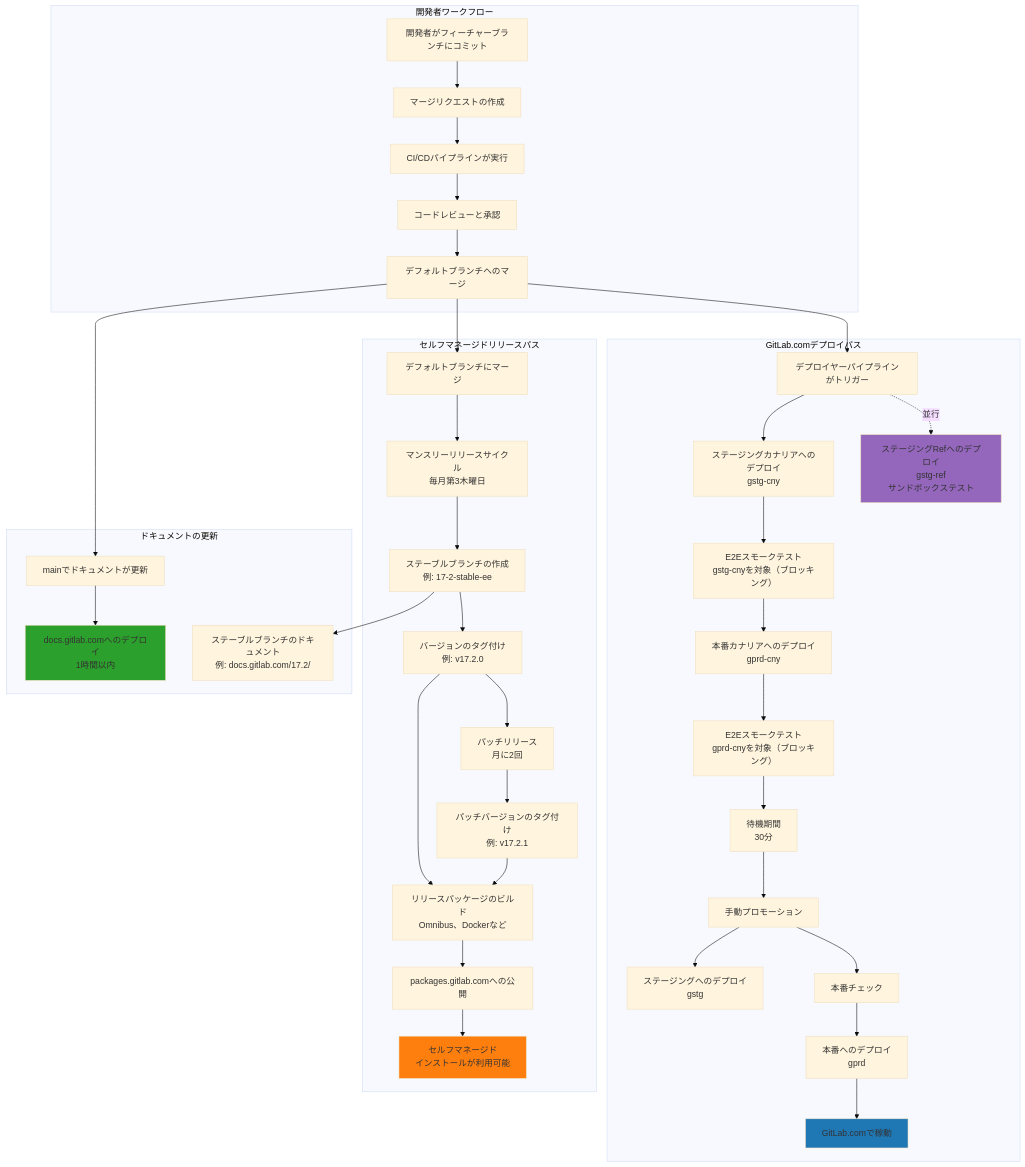
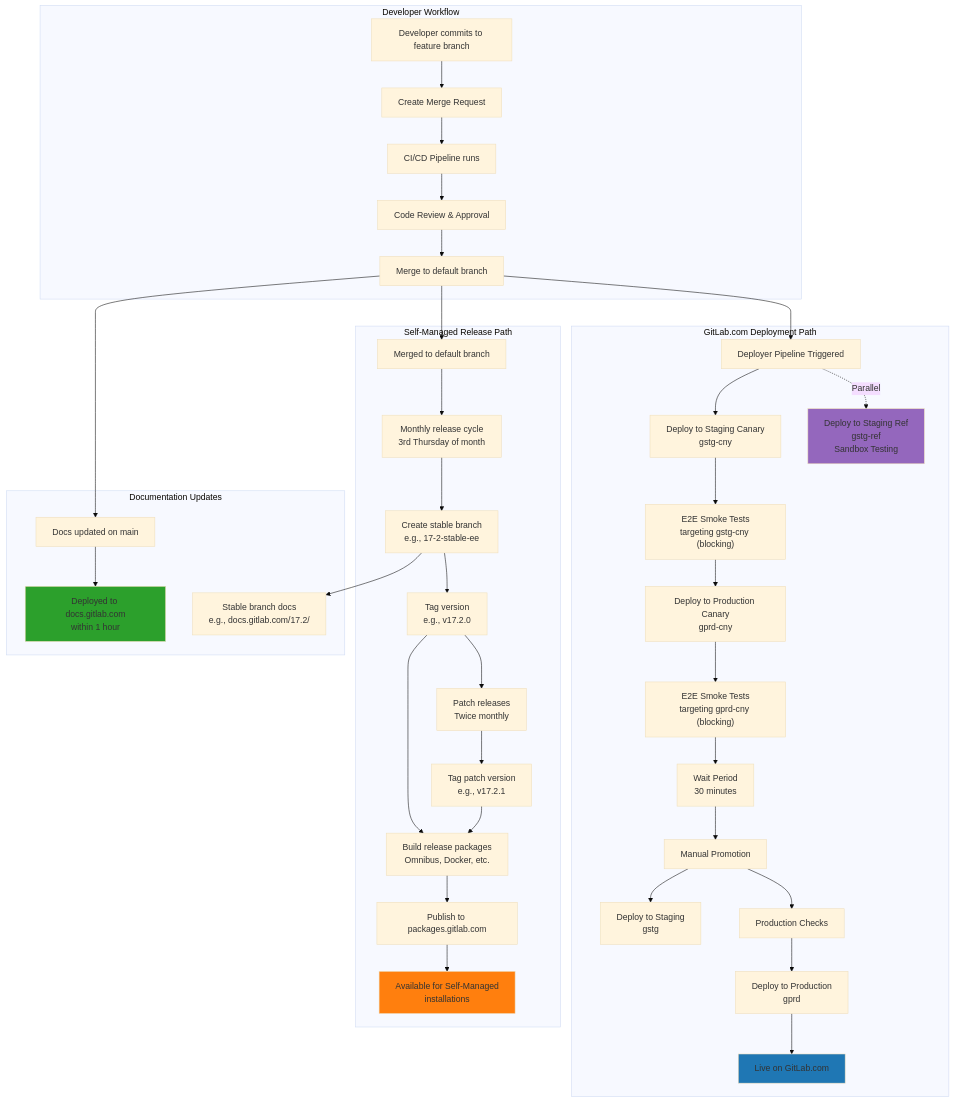
One commit to kyama0/gitlab-handbook-ja changed the diagram in content/handbook/engineering/testing/deployment_paths.md. Above: the diagram before and after it, drawn with Mermaid (base theme). The commit also changed other lines of this file and 15 other files, not shown here.

````diff
--- a/content/handbook/engineering/testing/deployment_paths.md
+++ b/content/handbook/engineering/testing/deployment_paths.md
@@ -15,58 +15,58 @@
 ```mermaid
 graph TB
-    subgraph "開発者ワークフロー"
-        A[開発者がフィーチャーブランチにコミット] --> B[マージリクエストの作成]
-        B --> C[CI/CDパイプラインが実行]
-        C --> D[コードレビューと承認]
-        D --> E[デフォルトブランチへのマージ]
+    subgraph "Developer Workflow"
+        A[Developer commits to feature branch] --> B[Create Merge Request]
+        B --> C[CI/CD Pipeline runs]
+        C --> D[Code Review & Approval]
+        D --> E[Merge to default branch]
     end
     
-    subgraph "GitLab.comデプロイパス"
-        E --> F[デプロイヤーパイプラインがトリガー]
+    subgraph "GitLab.com Deployment Path"
+        E --> F[Deployer Pipeline Triggered]
         
-        F --> G["ステージングカナリアへのデプロイ<br/>gstg-cny"]
-        F -.並行.-> H["ステージングRefへのデプロイ<br/>gstg-ref<br/>サンドボックステスト"]
+        F --> G["Deploy to Staging Canary<br/>gstg-cny"]
+        F -.Parallel.-> H["Deploy to Staging Ref<br/>gstg-ref<br/>Sandbox Testing"]
         
-        G --> I["E2Eスモークテスト<br/>gstg-cnyを対象（ブロッキング）"]
+        G --> I["E2E Smoke Tests<br/>targeting gstg-cny (blocking)"]
         
-        I --> J["本番カナリアへのデプロイ<br/>gprd-cny"]
+        I --> J["Deploy to Production Canary<br/>gprd-cny"]
         
-        J --> K["E2Eスモークテスト<br/>gprd-cnyを対象（ブロッキング）"]
+        J --> K["E2E Smoke Tests<br/>targeting gprd-cny (blocking)"]
         
-        K --> L["待機期間<br/>30分"]
+        K --> L["Wait Period<br/>30 minutes"]
         
-        L --> M[手動プロモーション]
+        L --> M[Manual Promotion]
         
-        M --> N["ステージングへのデプロイ<br/>gstg"]
-        Q --> O["本番へのデプロイ<br/>gprd"]
+        M --> N["Deploy to Staging<br/>gstg"]
+        Q --> O["Deploy to Production<br/>gprd"]
         
-        M --> Q[本番チェック]
+        M --> Q[Production Checks]
         
-        O --> R[GitLab.comで稼動]
+        O --> R[Live on GitLab.com]
     end
     
-    subgraph "セルフマネージドリリースパス"
-        E --> S[デフォルトブランチにマージ]
-        S --> T["マンスリーリリースサイクル<br/>毎月第3木曜日"]
-        T --> U["ステーブルブランチの作成<br/>例: 17-2-stable-ee"]
-        U --> V["バージョンのタグ付け<br/>例: v17.2.0"]
-        V --> W["リリースパッケージのビルド<br/>Omnibus、Dockerなど"]
-        W --> X[packages.gitlab.comへの公開]
-        X --> Y["セルフマネージド<br/>インストールが利用可能"]
+    subgraph "Self-Managed Release Path"
+        E --> S[Merged to default branch]
+        S --> T["Monthly release cycle<br/>3rd Thursday of month"]
+        T --> U["Create stable branch<br/>e.g., 17-2-stable-ee"]
+        U --> V["Tag version<br/>e.g., v17.2.0"]
+        V --> W["Build release packages<br/>Omnibus, Docker, etc."]
+        W --> X[Publish to packages.gitlab.com]
+        X --> Y["Available for Self-Managed<br/>installations"]
         
-        V --> Z["パッチリリース<br/>月に2回"]
-        Z --> AA["パッチバージョンのタグ付け<br/>例: v17.2.1"]
+        V --> Z["Patch releases<br/>Twice monthly"]
+        Z --> AA["Tag patch version<br/>e.g., v17.2.1"]
         AA --> W
     end
     
-    subgraph "ドキュメントの更新"
-        E --> AB[mainでドキュメントが更新]
-        AB --> AC["docs.gitlab.comへのデプロイ<br/>1時間以内"]
-        U --> AD["ステーブルブランチのドキュメント<br/>例: docs.gitlab.com/17.2/"]
+    subgraph "Documentation Updates"
+        E --> AB[Docs updated on main]
+        AB --> AC["Deployed to docs.gitlab.com<br/>within 1 hour"]
+        U --> AD["Stable branch docs<br/>e.g., docs.gitlab.com/17.2/"]
     end
 
     style R fill:#1f77b4
     style Y fill:#ff7f0e
     style AC fill:#2ca02c
     style H fill:#9467bd
 ```
````
